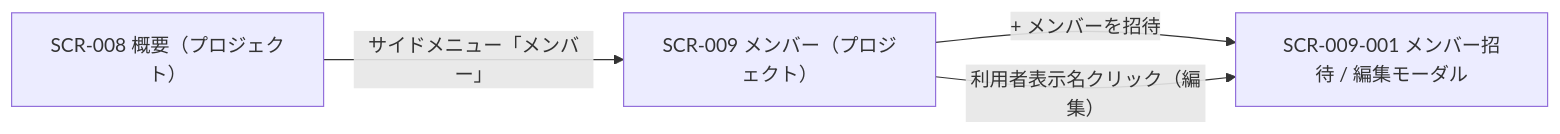
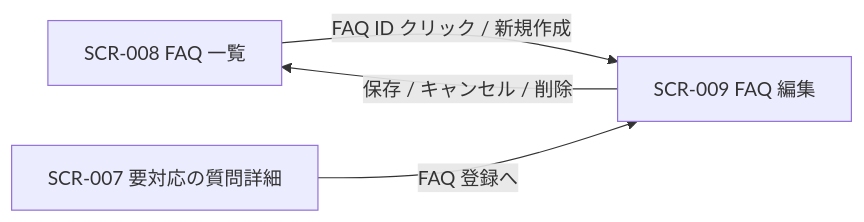
One commit to sikakou54/open-faq changed the diagram in 02_basic_design/01_screens/SCR-009.md. Above: the diagram before and after it, drawn with Mermaid. The commit also changed other lines of this file and 617 other files, not shown here.

````diff
--- a/02_basic_design/01_screens/SCR-009.md
+++ b/02_basic_design/01_screens/SCR-009.md
@@ -36,9 +37,9 @@
 ```mermaid
 flowchart LR
-  S1["SCR-009 メンバー（プロジェクト）"]
-  S2["SCR-009-001 メンバー招待 / 編集モーダル"]
-  S0["SCR-008 概要（プロジェクト）"]
-  S0 -->|サイドメニュー「メンバー」| S1
-  S1 -->|+ メンバーを招待| S2
-  S1 -->|利用者表示名クリック（編集）| S2
+  S0["SCR-008 FAQ 一覧"]
+  S1["SCR-009 FAQ 編集"]
+  S5["SCR-007 要対応の質問詳細"]
+  S0 -->|FAQ ID クリック / 新規作成| S1
+  S5 -->|FAQ 登録へ| S1
+  S1 -->|保存 / キャンセル / 削除| S0
 ```
````
